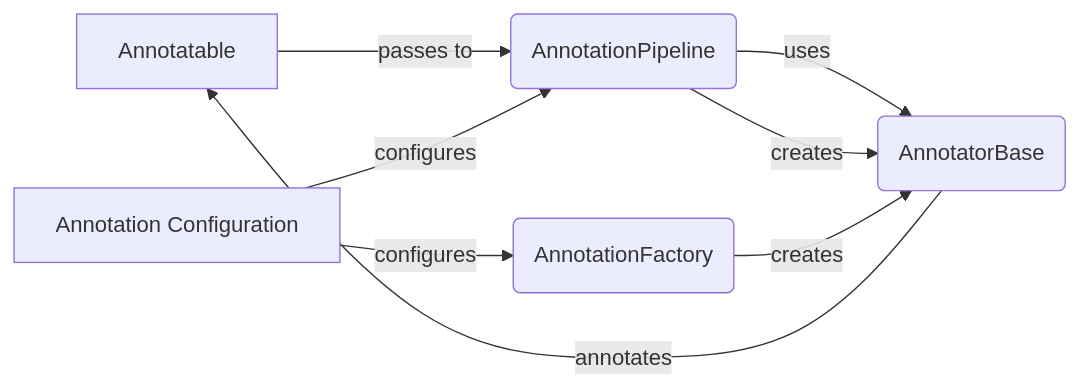
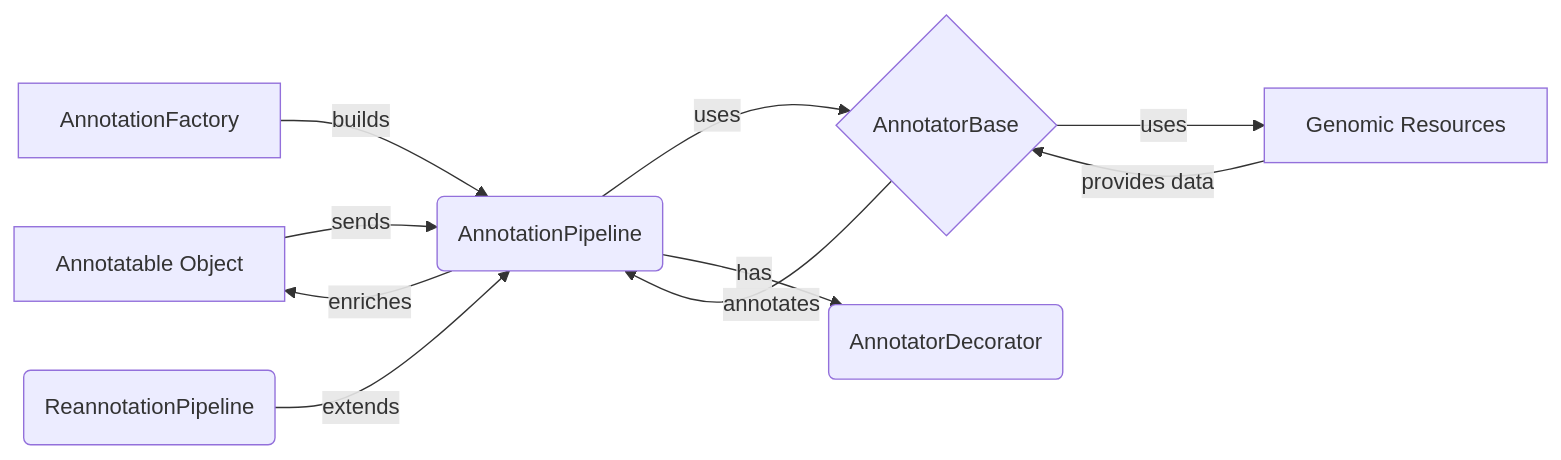
Before and after one commit to CodeBoarding/GeneratedOnBoardings: the diagram in gpf/Annotation Engine.md, drawn with Mermaid. The commit also changed other lines of this file and 7 other files, not shown here.

````diff
--- a/gpf/Annotation Engine.md
+++ b/gpf/Annotation Engine.md
@@ -7,12 +7,15 @@
 ```mermaid
 graph LR
-    A[Annotatable] -- passes to --> B(AnnotationPipeline)
-    B -- uses --> C(AnnotatorBase)
-    C -- annotates --> A
-    B -- creates --> C
-    D(AnnotationFactory) -- creates --> C
-    E[Annotation Configuration] -- configures --> D
-    E -- configures --> B
+    A[Annotatable Object] -- sends --> B(AnnotationPipeline)
+    B -- uses --> C{AnnotatorBase}
+    C -- uses --> D[Genomic Resources]
+    D -- provides data --> C
+    C -- annotates --> B
+    B -- enriches --> A
+    E[AnnotationFactory] -- builds --> B
+    B -- has --> F(AnnotatorDecorator)
+    G(ReannotationPipeline) -- extends --> B
+
 
 
 ```
````
